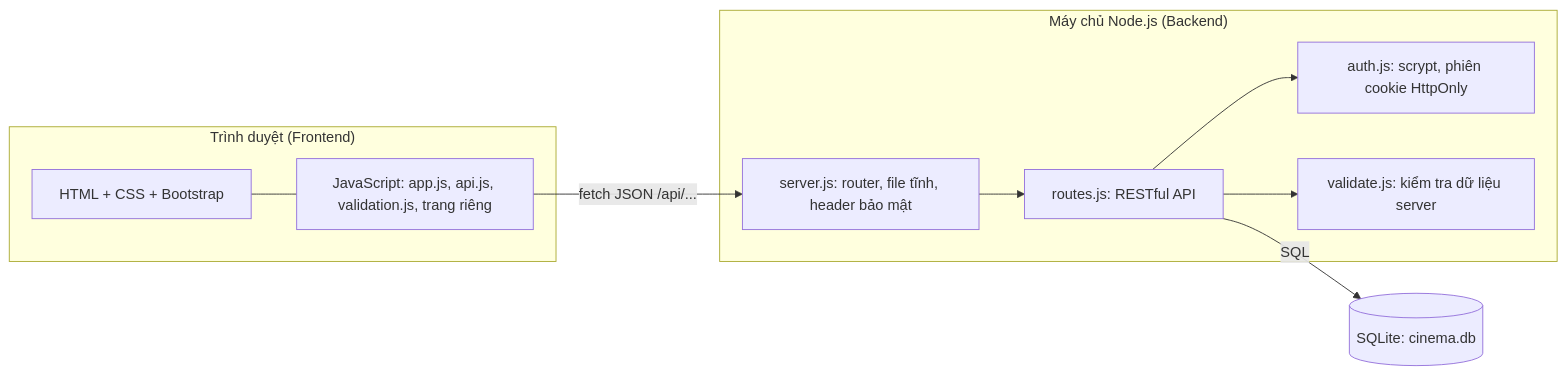
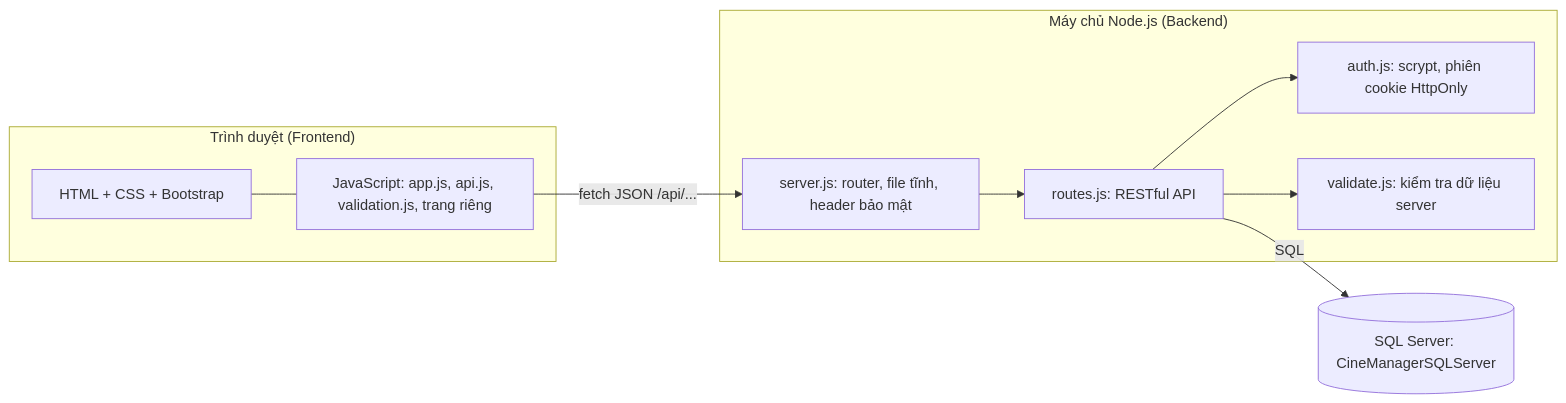
Before and after one commit to nhwyeii/CineManager: the diagram in docs/kientruc.mmd, drawn with Mermaid. The commit also changed 44 other files, not shown here.

Commit message:
feat: sua ban CineManager SQL Server hoan chinh

```diff
--- a/docs/kientruc.mmd
+++ b/docs/kientruc.mmd
@@ -1,18 +1,18 @@
 flowchart LR
     subgraph Client["Trình duyệt (Frontend)"]
         P["HTML + CSS + Bootstrap"]
         J["JavaScript: app.js, api.js, validation.js, trang riêng"]
     end
     subgraph Server["Máy chủ Node.js (Backend)"]
         S["server.js: router, file tĩnh, header bảo mật"]
         R["routes.js: RESTful API"]
         A["auth.js: scrypt, phiên cookie HttpOnly"]
         V["validate.js: kiểm tra dữ liệu server"]
     end
-    D[("SQLite: cinema.db")]
+    D[("SQL Server: CineManagerSQLServer")]
     P --- J
     J -- "fetch JSON /api/..." --> S
     S --> R
     R --> A
     R --> V
     R -- "SQL" --> D
```
